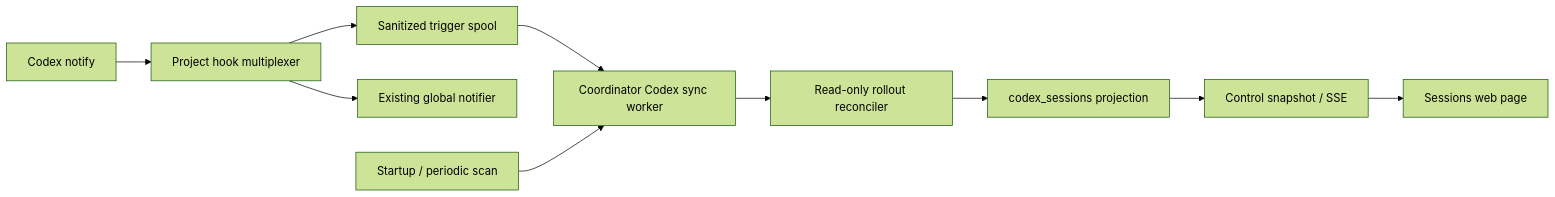
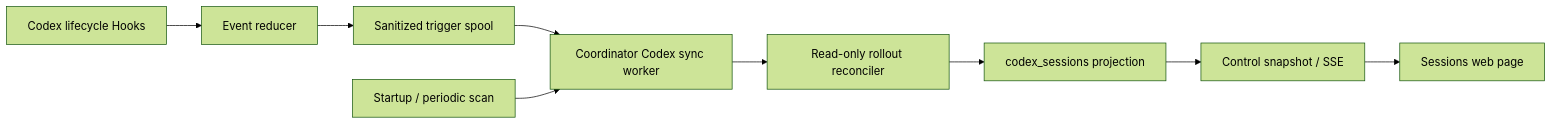
One commit to He-Jiahui/ZirconEngine changed the diagram in docs/superpowers/specs/2026-07-13-codex-session-hook-sync-design.md. Above: the diagram before and after it, drawn with Mermaid (forest theme). The commit also changed other lines of this file and 1 other file, not shown here.

Commit message:
docs(workflow): align Codex sync with lifecycle hooks

````diff
--- a/docs/superpowers/specs/2026-07-13-codex-session-hook-sync-design.md
+++ b/docs/superpowers/specs/2026-07-13-codex-session-hook-sync-design.md
@@ -36,12 +38,11 @@
 ```mermaid
 flowchart LR
-    C["Codex notify"] --> H["Project hook multiplexer"]
+    C["Codex lifecycle Hooks"] --> H["Event reducer"]
     H --> Q["Sanitized trigger spool"]
-    H --> N["Existing global notifier"]
     Q --> W["Coordinator Codex sync worker"]
     S["Startup / periodic scan"] --> W
     W --> R["Read-only rollout reconciler"]
     R --> D["codex_sessions projection"]
     D --> A["Control snapshot / SSE"]
     A --> U["Sessions web page"]
 ```
````
